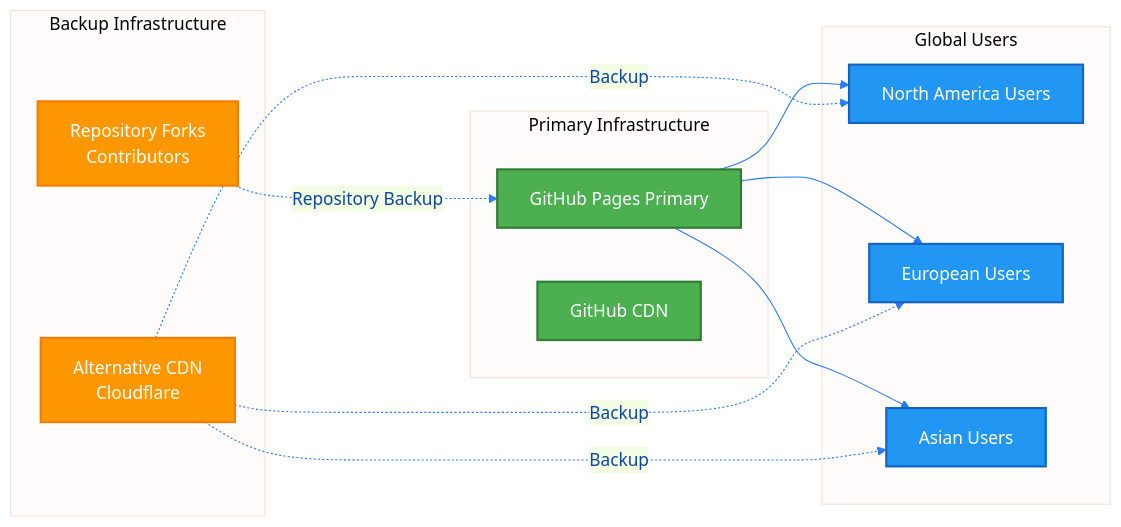
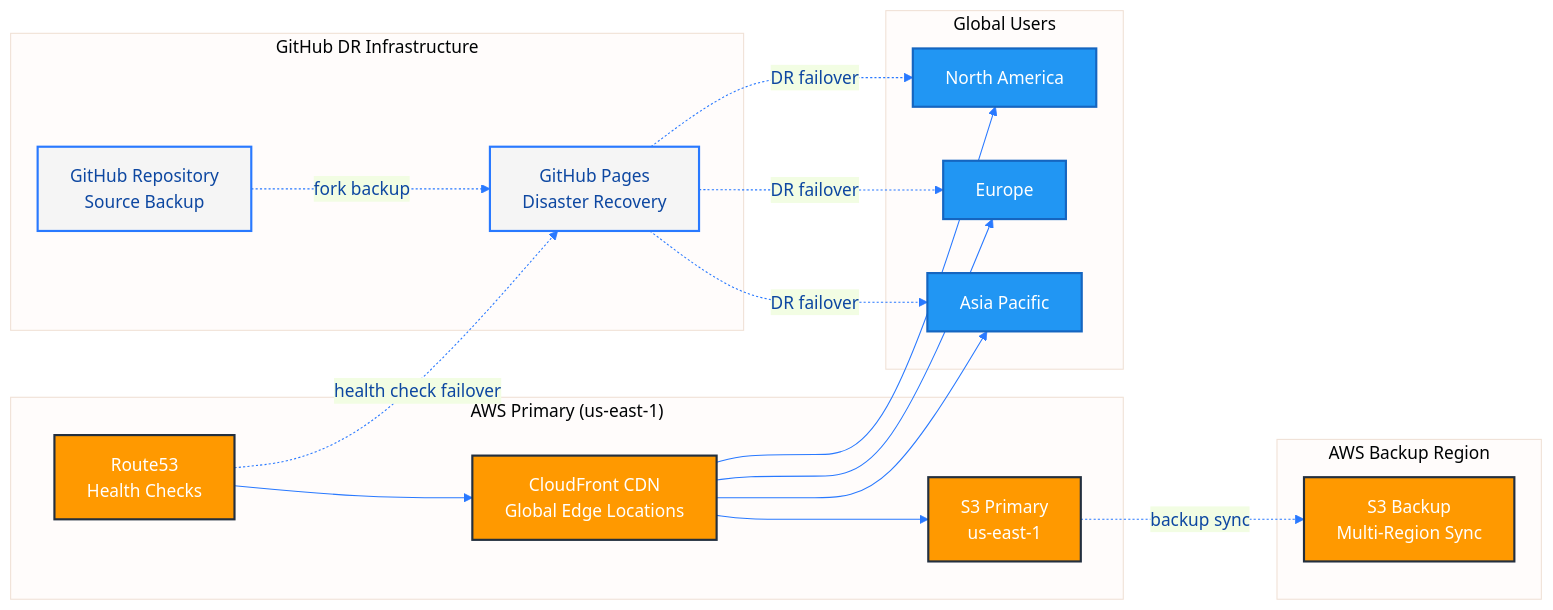
Before and after one commit to Hack23/blacktrigram: the fifth of 6 diagrams in BCPPlan.md, drawn with Mermaid. The commit also changed other lines of this file, not shown here.

Commit message:
docs: Update BCPPlan.md with AWS CloudFront + S3 deployment architecture

````diff
--- a/BCPPlan.md
+++ b/BCPPlan.md
@@ -500,46 +558,55 @@
 ```mermaid
 %%{
   init: {
     'theme': 'base',
     'themeVariables': {
       'primaryColor': '#e3f2fd',
       'primaryTextColor': '#0d47a1',
       'lineColor': '#2979FF'
     }
   }
 }%%
 graph LR
-    subgraph "Primary Infrastructure"
-        GHP[GitHub Pages Primary]
-        GHCDN[GitHub CDN]
+    subgraph "AWS Primary (us-east-1)"
+        CF[CloudFront CDN<br/>Global Edge Locations]
+        S3US[S3 Primary<br/>us-east-1]
+        R53[Route53<br/>Health Checks]
     end
     
-    subgraph "Backup Infrastructure"
-        ALT[Alternative CDN<br/>Cloudflare]
-        FORK[Repository Forks<br/>Contributors]
+    subgraph "AWS Backup Region"
+        S3BACKUP[S3 Backup<br/>Multi-Region Sync]
+    end
+    
+    subgraph "GitHub DR Infrastructure"
+        GHP[GitHub Pages<br/>Disaster Recovery]
+        GHR[GitHub Repository<br/>Source Backup]
     end
     
     subgraph "Global Users"
-        US[North America Users]
-        EU[European Users]
-        AS[Asian Users]
+        US[North America]
+        EU[Europe]
+        AS[Asia Pacific]
     end
     
-    GHP --> US
-    GHP --> EU
-    GHP --> AS
+    R53 --> CF
+    CF --> S3US
+    S3US -.backup sync.-> S3BACKUP
+    R53 -.health check failover.-> GHP
+    GHR -.fork backup.-> GHP
     
-    ALT -.Backup.-> US
-    ALT -.Backup.-> EU
-    ALT -.Backup.-> AS
+    CF --> US
+    CF --> EU
+    CF --> AS
     
-    FORK -.Repository Backup.-> GHP
+    GHP -.DR failover.-> US
+    GHP -.DR failover.-> EU
+    GHP -.DR failover.-> AS
     
-    classDef primary fill:#4CAF50,stroke:#2E7D32,stroke-width:2px,color:white;
-    classDef backup fill:#FF9800,stroke:#F57C00,stroke-width:2px,color:white;
+    classDef aws fill:#FF9900,stroke:#232F3E,stroke-width:2px,color:white;
+    classDef github fill:#f5f5f5,stroke:#2979FF,stroke-width:2px;
     classDef users fill:#2196F3,stroke:#1565C0,stroke-width:2px,color:white;
     
-    class GHP,GHCDN primary;
-    class ALT,FORK backup;
+    class CF,S3US,S3BACKUP,R53 aws;
+    class GHP,GHR github;
     class US,EU,AS users;
 ```
````
